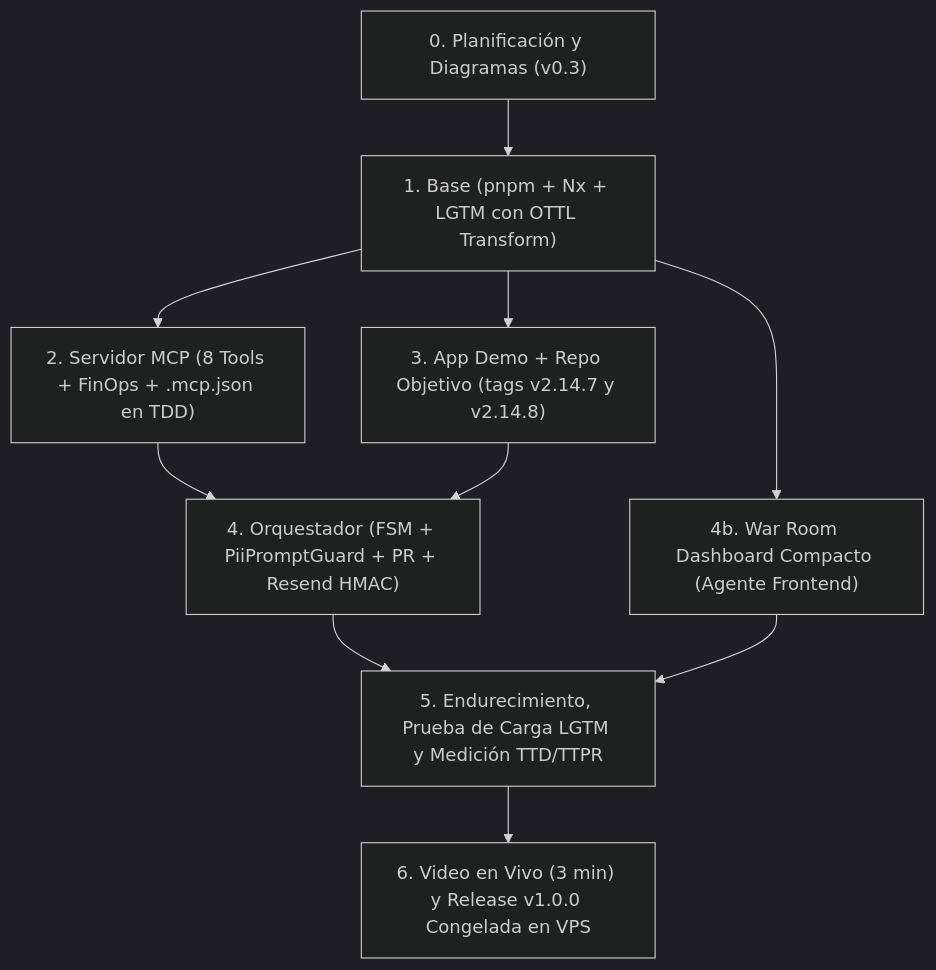
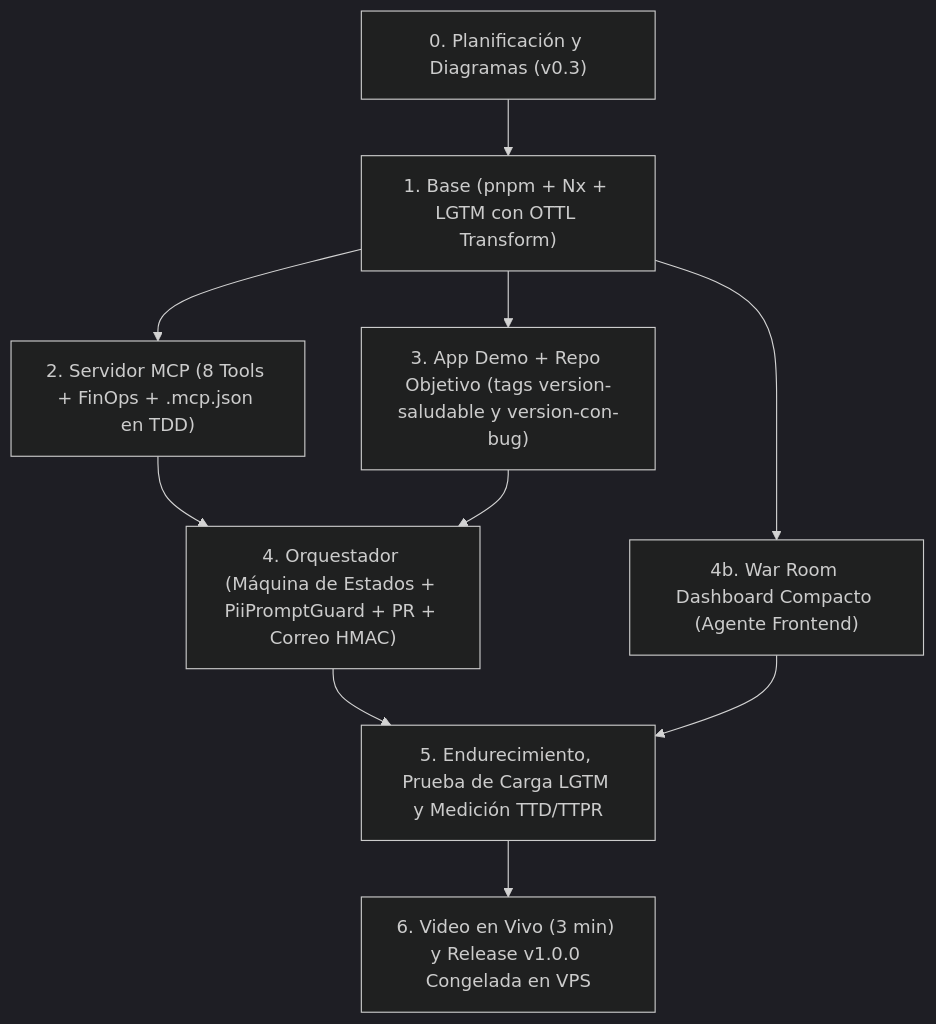
One commit to AdmilsonGoncalves/zeromttr changed the fifth of 5 diagrams in docs/es-ES/00_architecture_master.md. Above: the diagram before and after it, drawn with Mermaid (dark theme). The commit also changed other lines of this file and 75 other files, not shown here.

````diff
--- a/docs/es-ES/00_architecture_master.md
+++ b/docs/es-ES/00_architecture_master.md
@@ -365,10 +372,10 @@
 ```mermaid
 flowchart TD
     F0["0. Planificación y Diagramas (v0.3)"] --> F1["1. Base (pnpm + Nx + LGTM con OTTL Transform)"]
     F1 --> F2["2. Servidor MCP (8 Tools + FinOps + .mcp.json en TDD)"]
-    F1 --> F3["3. App Demo + Repo Objetivo (tags v2.14.7 y v2.14.8)"]
+    F1 --> F3["3. App Demo + Repo Objetivo (tags version-saludable y version-con-bug)"]
     F1 --> F4B["4b. War Room Dashboard Compacto (Agente Frontend)"]
-    F2 & F3 --> F4["4. Orquestador (FSM + PiiPromptGuard + PR + Resend HMAC)"]
+    F2 & F3 --> F4["4. Orquestador (Máquina de Estados + PiiPromptGuard + PR + Correo HMAC)"]
     F4 & F4B --> F5["5. Endurecimiento, Prueba de Carga LGTM y Medición TTD/TTPR"]
     F5 --> F6["6. Video en Vivo (3 min) y Release v1.0.0 Congelada en VPS"]
 ```
````
